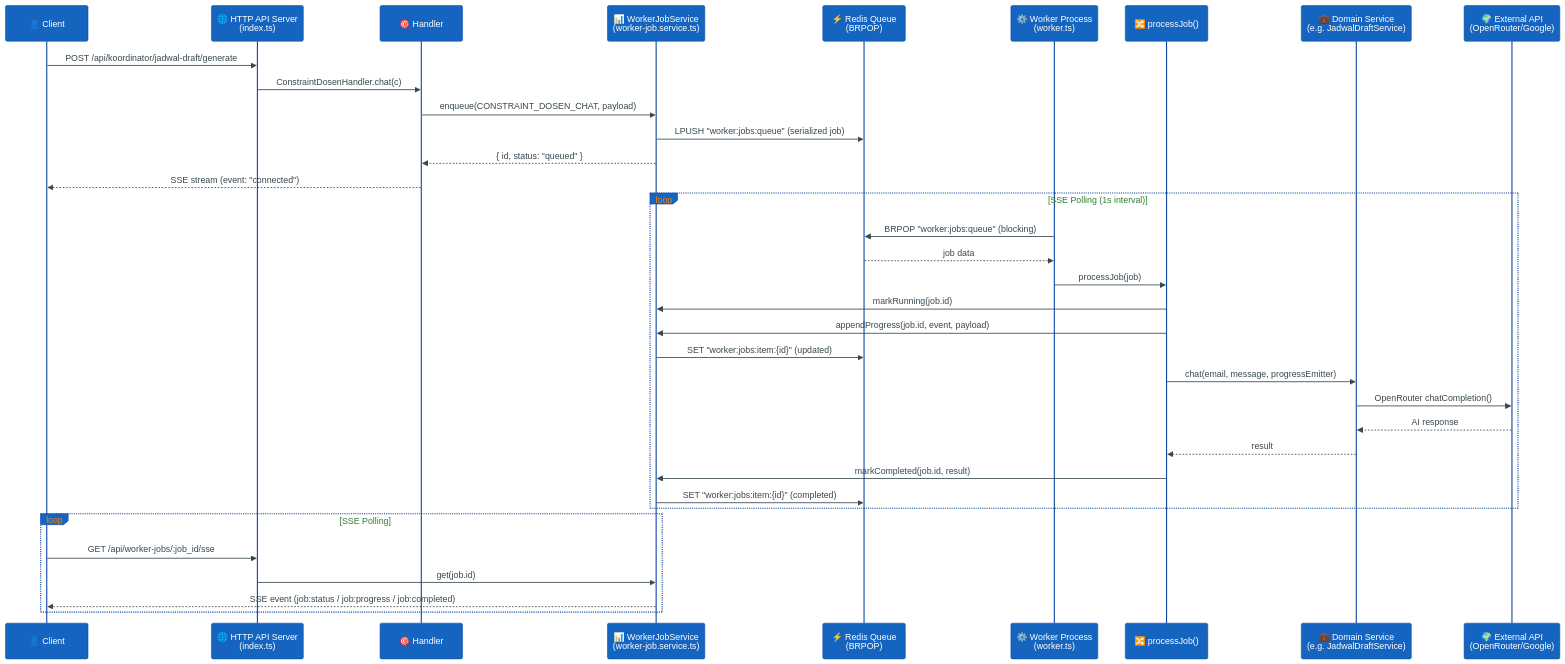
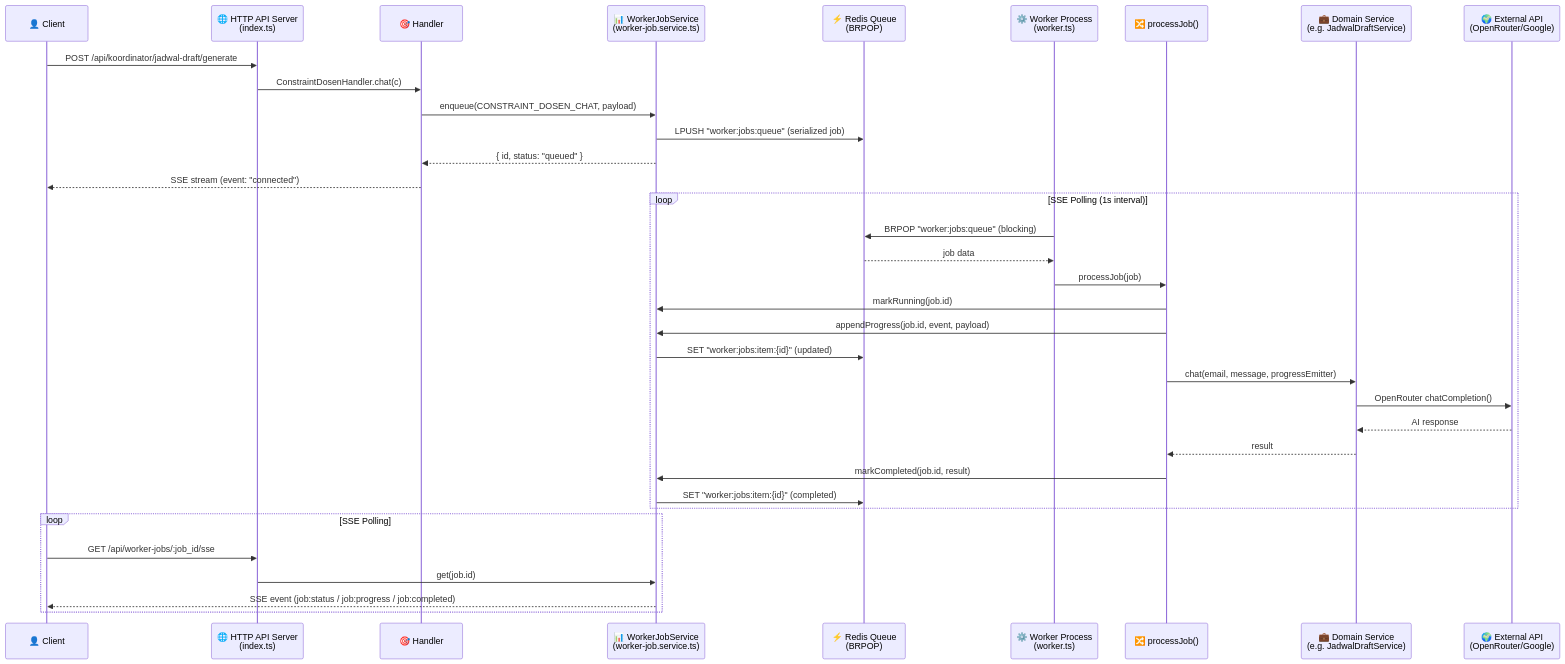
Before and after one commit to luna-gindra/c4-architecture-hono-api-seminar: the sixth of 12 diagrams in architecture-c4-level4.md, drawn with Mermaid. The commit also changed other lines of this file and 1 other file, not shown here.

First line of the commit message:
🎨 Fix: Switch all diagrams to default (white) theme for GitHub readability

````diff
--- a/architecture-c4-level4.md
+++ b/architecture-c4-level4.md
@@ -463,58 +438,41 @@
 ```mermaid
-%%{init: {"theme": "base", "themeVariables": {
-    "actorBkg": "#1565C0",
-    "actorTextColor": "#fff",
-    "actorBorder": "#0D47A1",
-    "activationBkg": "#E3F2FD",
-    "activationBorder": "#1565C0",
-    "signalColor": "#37474F",
-    "signalTextColor": "#37474F",
-    "labelBoxBkg": "#FFF9C4",
-    "labelBoxBorder": "#F9A825",
-    "labelTextColor": "#F57F17",
-    "loopTextColor": "#2E7D32",
-    "noteBkgColor": "#FFF3E0",
-    "noteTextColor": "#E65100",
-    "noteBorderColor": "#E65100",
-    "mainBkg": "#E8F5E9",
-    "altSectionBkg": "#E0F2F1"
-}}}%%
+%%{init: {"theme": "default"}}%%
 sequenceDiagram
     participant Client as 👤 Client
     participant HTTP as 🌐 HTTP API Server<br/>(index.ts)
     participant Handler as 🎯 Handler
     participant WJS as 📊 WorkerJobService<br/>(worker-job.service.ts)
     participant Redis as ⚡ Redis Queue<br/>(BRPOP)
     participant Worker as ⚙️ Worker Process<br/>(worker.ts)
     participant Dispatcher as 🔀 processJob()
     participant Service as 💼 Domain Service<br/>(e.g. JadwalDraftService)
     participant ExtAPI as 🌍 External API<br/>(OpenRouter/Google)
 
     Client->>HTTP: POST /api/koordinator/jadwal-draft/generate
     HTTP->>Handler: ConstraintDosenHandler.chat(c)
     Handler->>WJS: enqueue(CONSTRAINT_DOSEN_CHAT, payload)
     WJS->>Redis: LPUSH "worker:jobs:queue" (serialized job)
     WJS-->>Handler: { id, status: "queued" }
     Handler-->>Client: SSE stream (event: "connected")
 
     loop SSE Polling (1s interval)
         Worker->>Redis: BRPOP "worker:jobs:queue" (blocking)
         Redis-->>Worker: job data
         Worker->>Dispatcher: processJob(job)
         Dispatcher->>WJS: markRunning(job.id)
         Dispatcher->>WJS: appendProgress(job.id, event, payload)
         WJS->>Redis: SET "worker:jobs:item:{id}" (updated)
         Dispatcher->>Service: chat(email, message, progressEmitter)
         Service->>ExtAPI: OpenRouter chatCompletion()
         ExtAPI-->>Service: AI response
         Service-->>Dispatcher: result
         Dispatcher->>WJS: markCompleted(job.id, result)
         WJS->>Redis: SET "worker:jobs:item:{id}" (completed)
     end
 
     loop SSE Polling
         Client->>HTTP: GET /api/worker-jobs/:job_id/sse
         HTTP->>WJS: get(job.id)
         WJS-->>Client: SSE event (job:status / job:progress / job:completed)
     end
 ```
````
